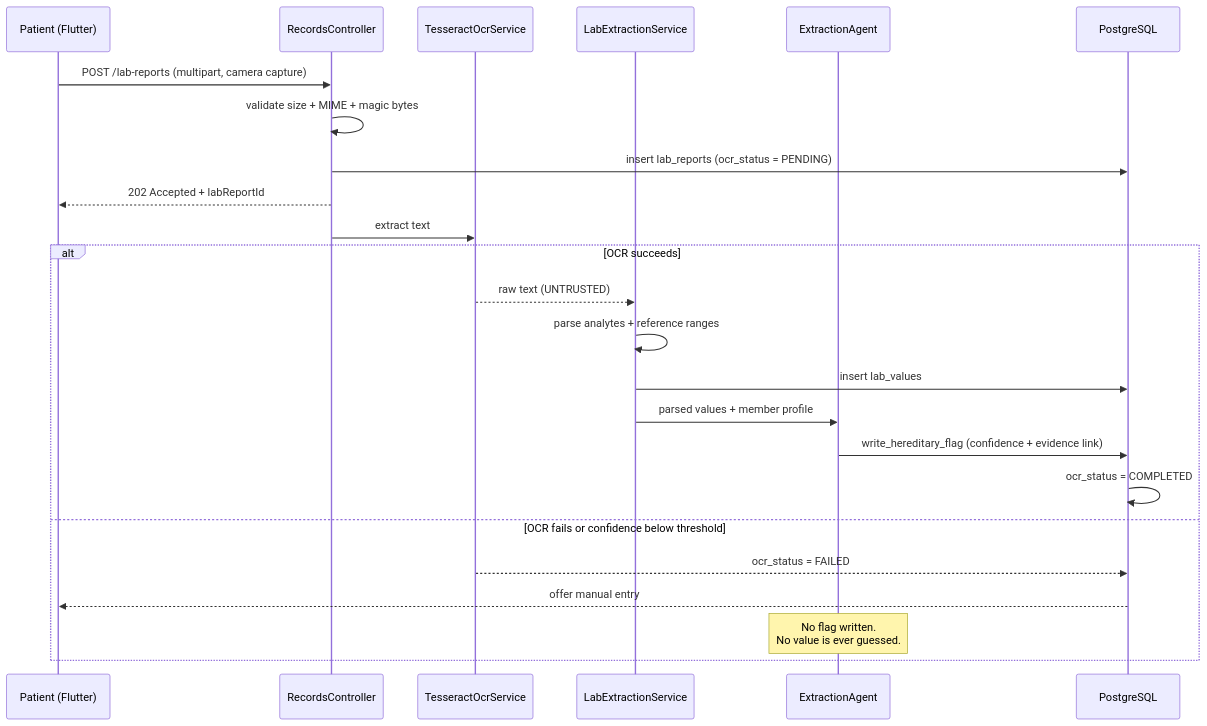
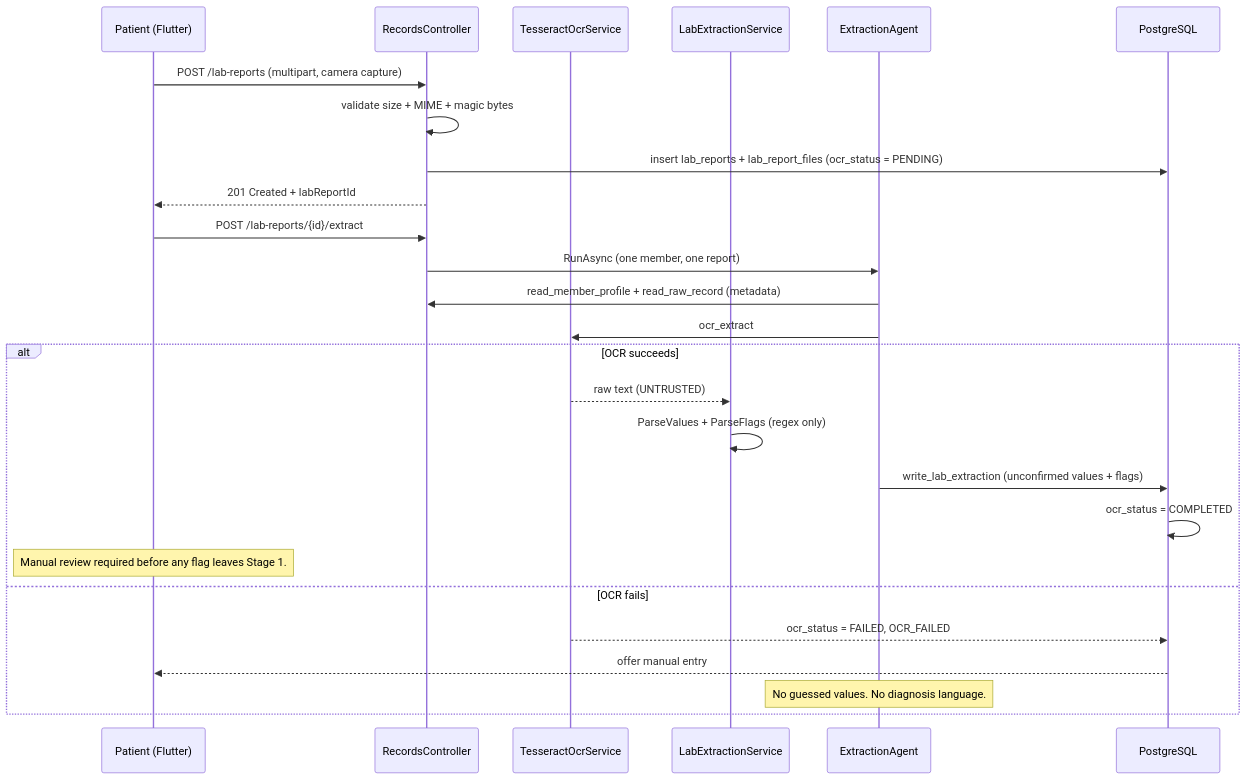
One commit to sahansbandara/Family-Veda changed the second of 3 diagrams in docs/individual-reports/S2.md. Above: the diagram before and after it, drawn with Mermaid. The commit also changed other lines of this file and 3 other files, not shown here.

First line of the commit message:
docs(s2): add ER diagram, extraction pipeline, and report evidence

````diff
--- a/docs/individual-reports/S2.md
+++ b/docs/individual-reports/S2.md
@@ -99,27 +175,29 @@
 ```mermaid
 sequenceDiagram
   participant U as Patient (Flutter)
   participant API as RecordsController
   participant OCR as TesseractOcrService
   participant P as LabExtractionService
   participant EA as ExtractionAgent
   participant DB as PostgreSQL
 
   U->>API: POST /lab-reports (multipart, camera capture)
   API->>API: validate size + MIME + magic bytes
-  API->>DB: insert lab_reports (ocr_status = PENDING)
-  API-->>U: 202 Accepted + labReportId
-  API->>OCR: extract text
+  API->>DB: insert lab_reports + lab_report_files (ocr_status = PENDING)
+  API-->>U: 201 Created + labReportId
+  U->>API: POST /lab-reports/{id}/extract
+  API->>EA: RunAsync (one member, one report)
+  EA->>API: read_member_profile + read_raw_record (metadata)
+  EA->>OCR: ocr_extract
   alt OCR succeeds
     OCR-->>P: raw text (UNTRUSTED)
-    P->>P: parse analytes + reference ranges
-    P->>DB: insert lab_values
-    P->>EA: parsed values + member profile
-    EA->>DB: write_hereditary_flag (confidence + evidence link)
+    P->>P: ParseValues + ParseFlags (regex only)
+    EA->>DB: write_lab_extraction (unconfirmed values + flags)
     DB->>DB: ocr_status = COMPLETED
-  else OCR fails or confidence below threshold
-    OCR-->>DB: ocr_status = FAILED
+    Note over U: Manual review required before any flag leaves Stage 1.
+  else OCR fails
+    OCR-->>DB: ocr_status = FAILED, OCR_FAILED
     DB-->>U: offer manual entry
-    Note over EA: No flag written.<br/>No value is ever guessed.
+    Note over EA: No guessed values. No diagnosis language.
   end
 ```
````
